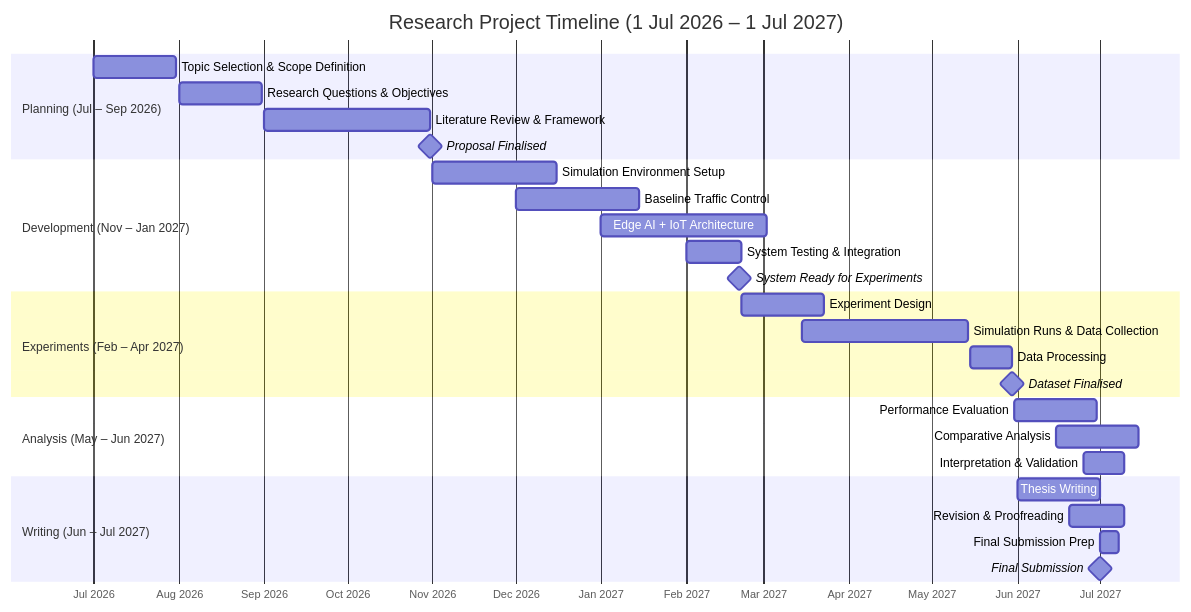
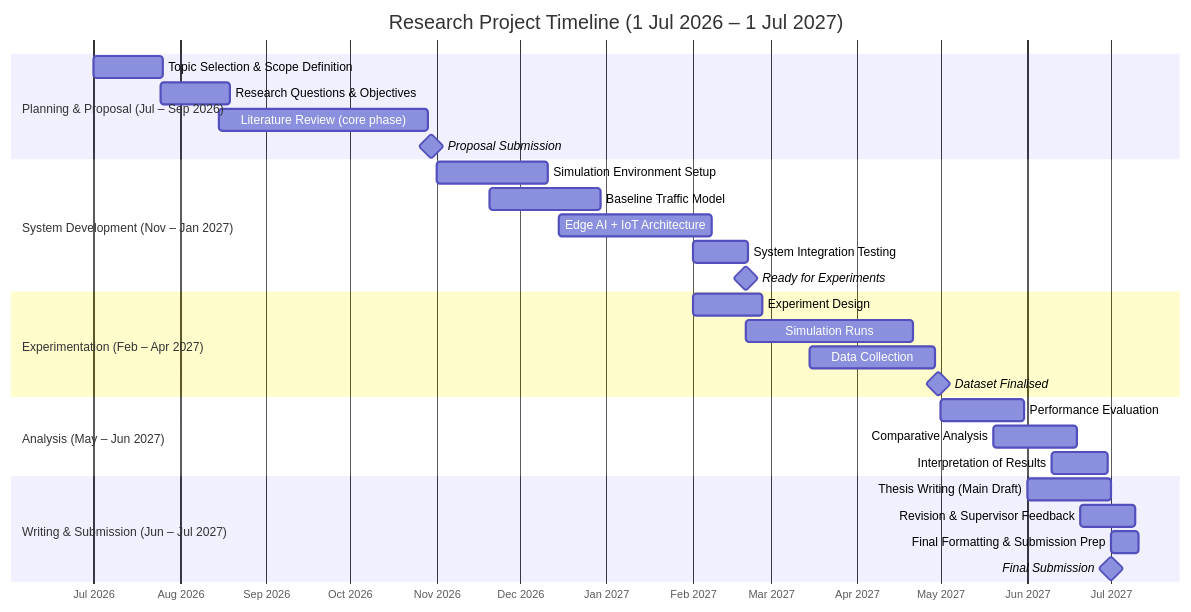
The diagram in README.md (rosisneupane/Gantt_Chart_For_Final), drawn with Mermaid before and after one commit.

````diff
--- a/README.md
+++ b/README.md
@@ -1,41 +1,41 @@
 ```mermaid
 gantt
     title Research Project Timeline (1 Jul 2026 – 1 Jul 2027)
     dateFormat YYYY-MM-DD
     axisFormat %b %Y
 
-    section Planning (Jul – Sep 2026)
+    section Planning & Proposal (Jul – Sep 2026)
 
-    Topic Selection & Scope Definition   :p1, 2026-07-01, 30d
-    Research Questions & Objectives      :p2, 2026-08-01, 30d
-    Literature Review & Framework        :p3, 2026-09-01, 60d
-    Proposal Finalised                  :milestone, m1, 2026-10-31, 0d
+    Topic Selection & Scope Definition     :p1, 2026-07-01, 25d
+    Research Questions & Objectives        :p2, 2026-07-25, 25d
+    Literature Review (core phase)         :p3, 2026-08-15, 75d
+    Proposal Submission                    :milestone, m1, 2026-10-30, 0d
 
-    section Development (Nov – Jan 2027)
+    section System Development (Nov – Jan 2027)
 
-    Simulation Environment Setup         :p4, 2026-11-01, 45d
-    Baseline Traffic Control             :p5, 2026-12-01, 45d
-    Edge AI + IoT Architecture           :p6, 2027-01-01, 60d
-    System Testing & Integration         :p7, 2027-02-01, 20d
-    System Ready for Experiments         :milestone, m2, 2027-02-20, 0d
+    Simulation Environment Setup           :p4, 2026-11-01, 40d
+    Baseline Traffic Model                 :p5, 2026-11-20, 40d
+    Edge AI + IoT Architecture             :p6, 2026-12-15, 55d
+    System Integration Testing             :p7, 2027-02-01, 20d
+    Ready for Experiments                  :milestone, m2, 2027-02-20, 0d
 
-    section Experiments (Feb – Apr 2027)
+    section Experimentation (Feb – Apr 2027)
 
-    Experiment Design                    :p8, 2027-02-21, 30d
-    Simulation Runs & Data Collection    :p9, 2027-03-15, 60d
-    Data Processing                     :p10, 2027-05-15, 15d
-    Dataset Finalised                   :milestone, m3, 2027-05-30, 0d
+    Experiment Design                      :p8, 2027-02-01, 25d
+    Simulation Runs                        :p9, 2027-02-20, 60d
+    Data Collection                        :p10, 2027-03-15, 45d
+    Dataset Finalised                      :milestone, m3, 2027-04-30, 0d
 
     section Analysis (May – Jun 2027)
 
-    Performance Evaluation               :p11, 2027-05-31, 30d
-    Comparative Analysis                 :p12, 2027-06-15, 30d
-    Interpretation & Validation          :p13, 2027-06-25, 15d
+    Performance Evaluation                 :p11, 2027-05-01, 30d
+    Comparative Analysis                   :p12, 2027-05-20, 30d
+    Interpretation of Results              :p13, 2027-06-10, 20d
 
-    section Writing (Jun – Jul 2027)
+    section Writing & Submission (Jun – Jul 2027)
 
-    Thesis Writing                       :p14, 2027-06-01, 30d
-    Revision & Proofreading              :p15, 2027-06-20, 20d
-    Final Submission Prep                :p16, 2027-07-01, 7d
-    Final Submission                    :milestone, final, 2027-07-01, 0d
+    Thesis Writing (Main Draft)            :p14, 2027-06-01, 30d
+    Revision & Supervisor Feedback         :p15, 2027-06-20, 20d
+    Final Formatting & Submission Prep     :p16, 2027-07-01, 10d
+    Final Submission                      :milestone, final, 2027-07-01, 0d
 ```
````
